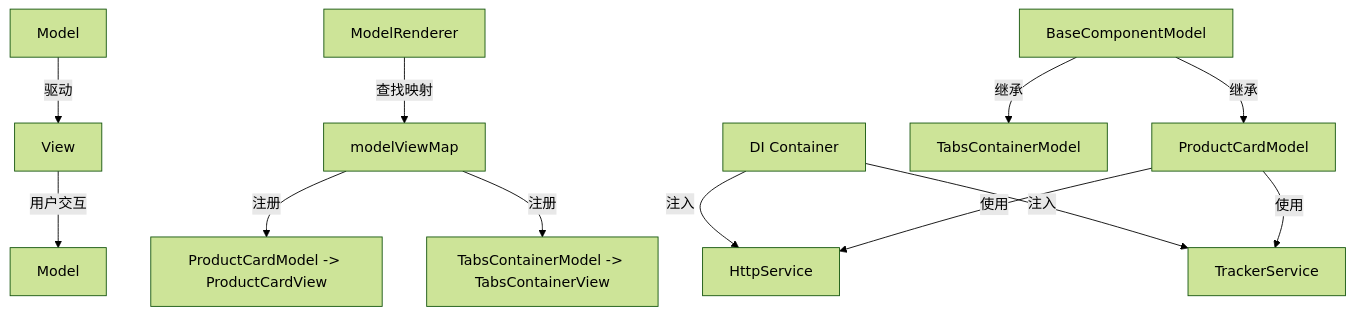
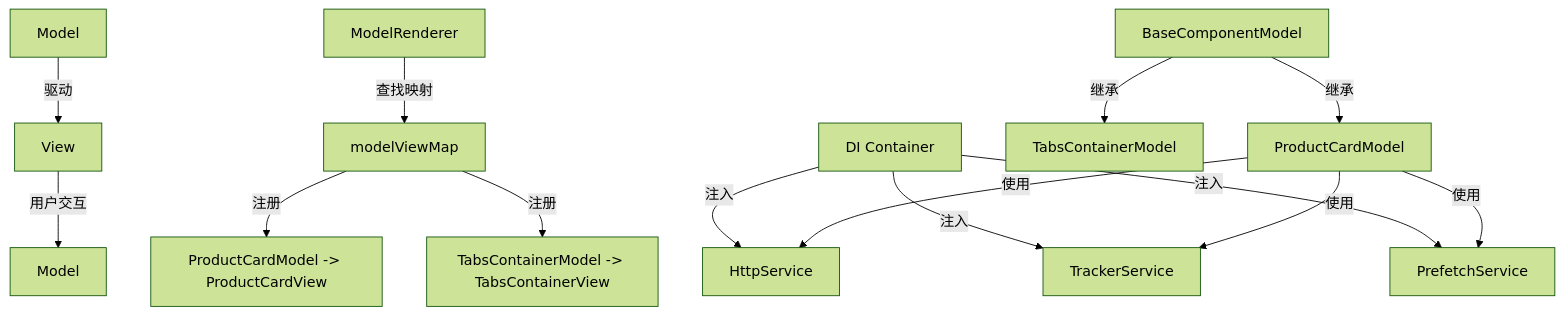
One commit to pomeloneo/mobile-builder-arch-demo changed the first of 5 diagrams in .qoder/repowiki/zh/content/核心概念/组件模型.md. Above: the diagram before and after it, drawn with Mermaid (forest theme). The commit also changed other lines of this file and 211 other files, not shown here.

````diff
--- a/.qoder/repowiki/zh/content/核心概念/组件模型.md
+++ b/.qoder/repowiki/zh/content/核心概念/组件模型.md
@@ -48,14 +58,16 @@
 ```mermaid
 graph TD
 A[Model] --> |驱动| B[View]
 B --> |用户交互| C[Model]
 D[ModelRenderer] --> |查找映射| E[modelViewMap]
 E --> |注册| F[ProductCardModel -> ProductCardView]
 E --> |注册| G[TabsContainerModel -> TabsContainerView]
 H[BaseComponentModel] --> |继承| I[ProductCardModel]
 H --> |继承| J[TabsContainerModel]
 K[DI Container] --> |注入| L[HttpService]
 K --> |注入| M[TrackerService]
+K --> |注入| N[PrefetchService]
 I --> |使用| L
 I --> |使用| M
+I --> |使用| N
 ```
````
